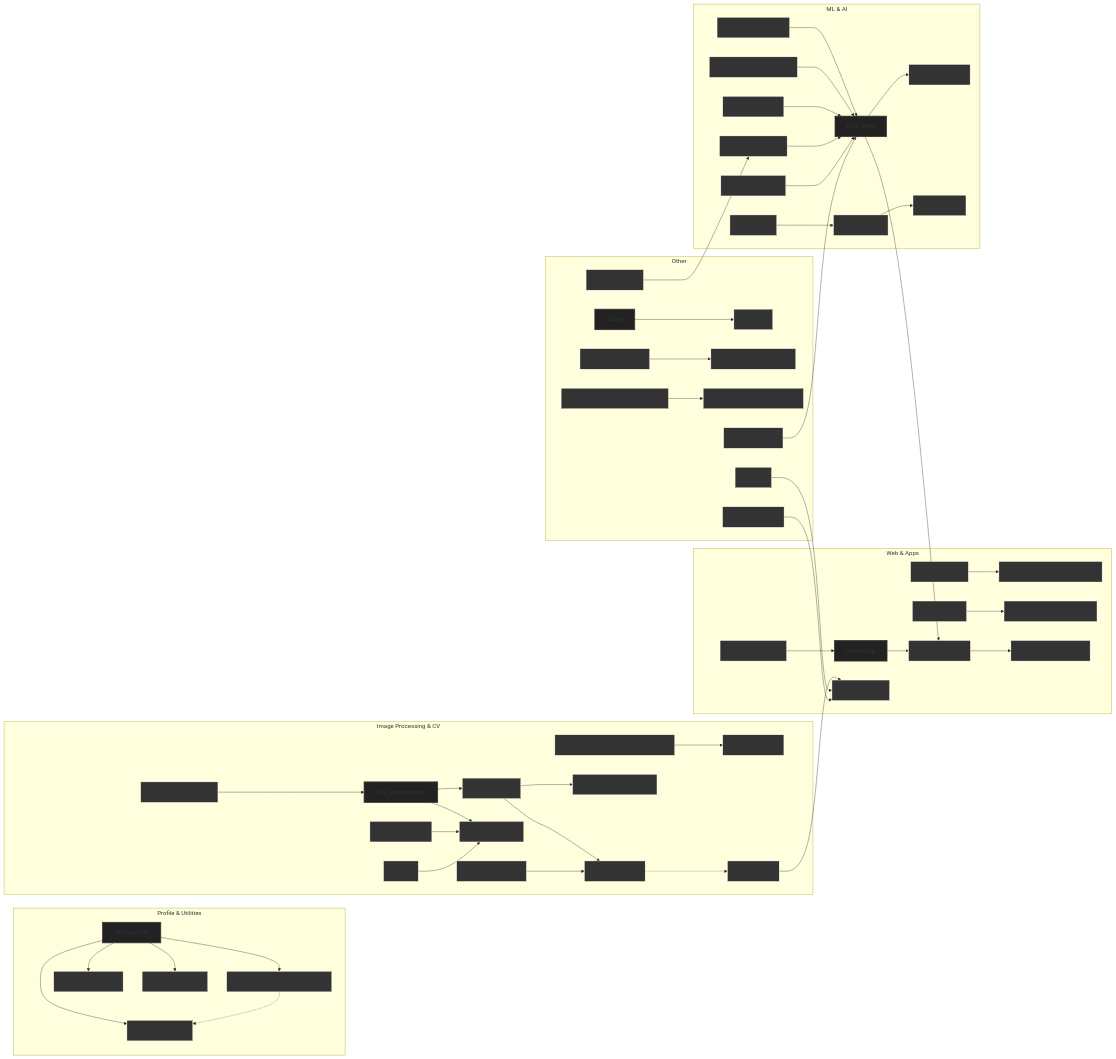
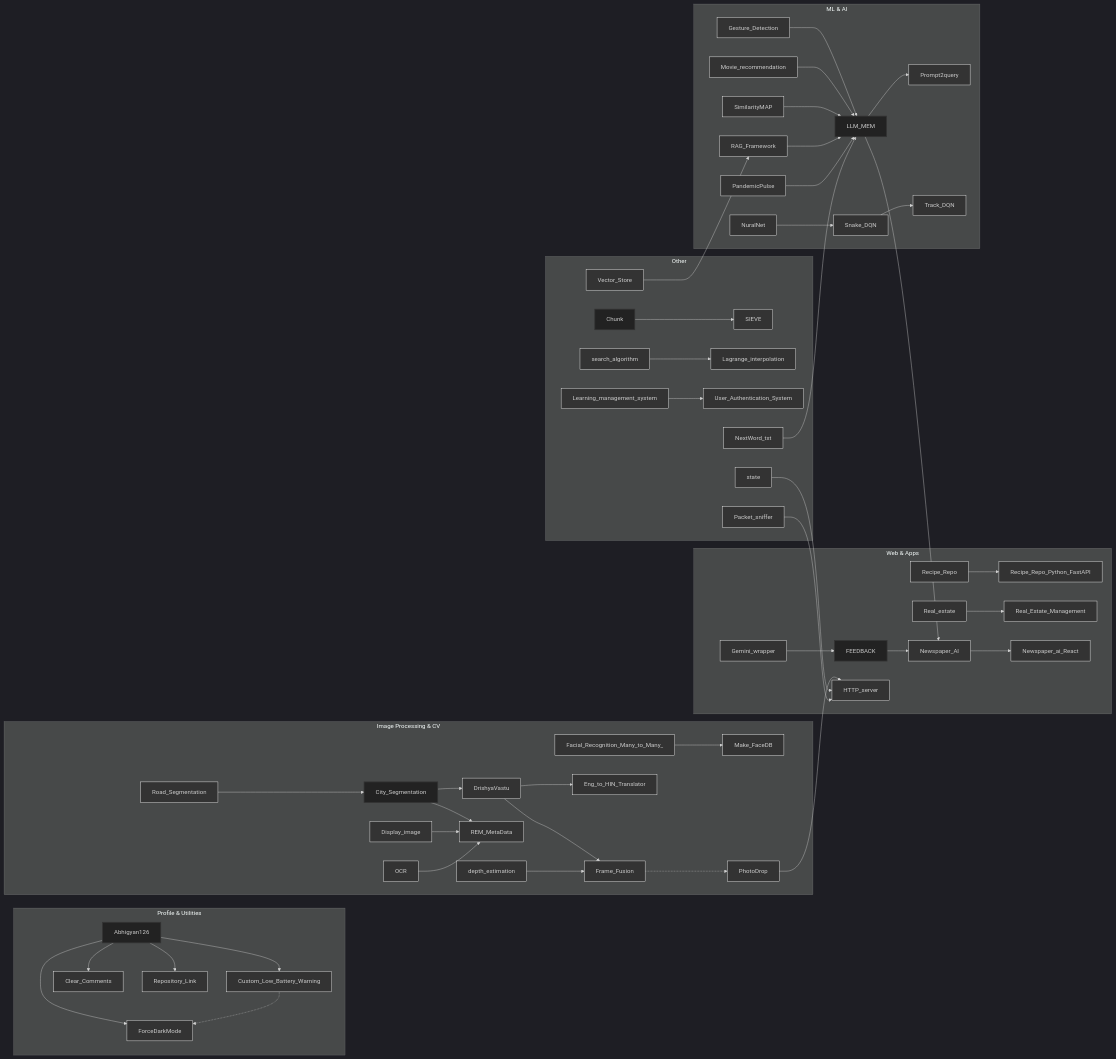
One commit to Abhigyan126/Abhigyan126 changed the diagram in README.md. Above: the diagram before and after it, drawn with Mermaid.

````diff
--- a/README.md
+++ b/README.md
@@ -74,64 +74,65 @@
 ```mermaid
+%%{init: {"theme": "dark"}}%%
 graph LR
     subgraph "Profile & Utilities"
         Abhigyan126 --> Custom_Low_Battery_Warning
         Abhigyan126 --> ForceDarkMode
         Abhigyan126 --> Clear_Comments
         Abhigyan126 --> Repository_Link
         Custom_Low_Battery_Warning -.-> ForceDarkMode
     end
     
     subgraph "Image Processing & CV"
         City_Segmentation --> DrishyaVastu
         City_Segmentation --> REM_MetaData
         DrishyaVastu -->  Frame_Fusion
         DrishyaVastu --> Eng_to_HIN_Translator
         Display_image --> REM_MetaData
         Facial_Recognition_Many_to_Many_ --> Make_FaceDB
         depth_estimation --> Frame_Fusion
         Road_Segmentation --> City_Segmentation
         OCR --> REM_MetaData
         Frame_Fusion -.-> PhotoDrop
     end
 
     subgraph "Web & Apps"
         FEEDBACK --> Newspaper_AI
         Gemini_wrapper --> FEEDBACK
         PhotoDrop --> HTTP_server
         Recipe_Repo --> Recipe_Repo_Python_FastAPI
         Real_estate --> Real_Estate_Management
         Newspaper_AI --> Newspaper_ai_React
 
     end
 
     subgraph "ML & AI"
         LLM_MEM --> Newspaper_AI
         LLM_MEM --> Prompt2query
         Gesture_Detection --> LLM_MEM
         Movie_recommendation --> LLM_MEM
         SimilarityMAP --> LLM_MEM
         RAG_Framework --> LLM_MEM
         Snake_DQN --> Track_DQN
         NuralNet --> Snake_DQN
         PandemicPulse --> LLM_MEM
 
     end
 
     subgraph "Other"
         Chunk -->  SIEVE
         search_algorithm --> Lagrange_interpolation
         Learning_management_system --> User_Authentication_System
         NextWord_txt --> LLM_MEM
         state --> HTTP_server
         Vector_Store --> RAG_Framework
         Packet_sniffer --> HTTP_server
     end
     
     style Abhigyan126 fill:#222,stroke:#333,stroke-width:2px
     style City_Segmentation fill:#222,stroke:#333,stroke-width:2px
     style FEEDBACK fill:#222,stroke:#333,stroke-width:2px
     style LLM_MEM fill:#222,stroke:#333,stroke-width:2px
     style Chunk fill:#222,stroke:#333,stroke-width:2px
 
     classDef default fill:#333,stroke:#fff,stroke-width:1px;
 ```
````
